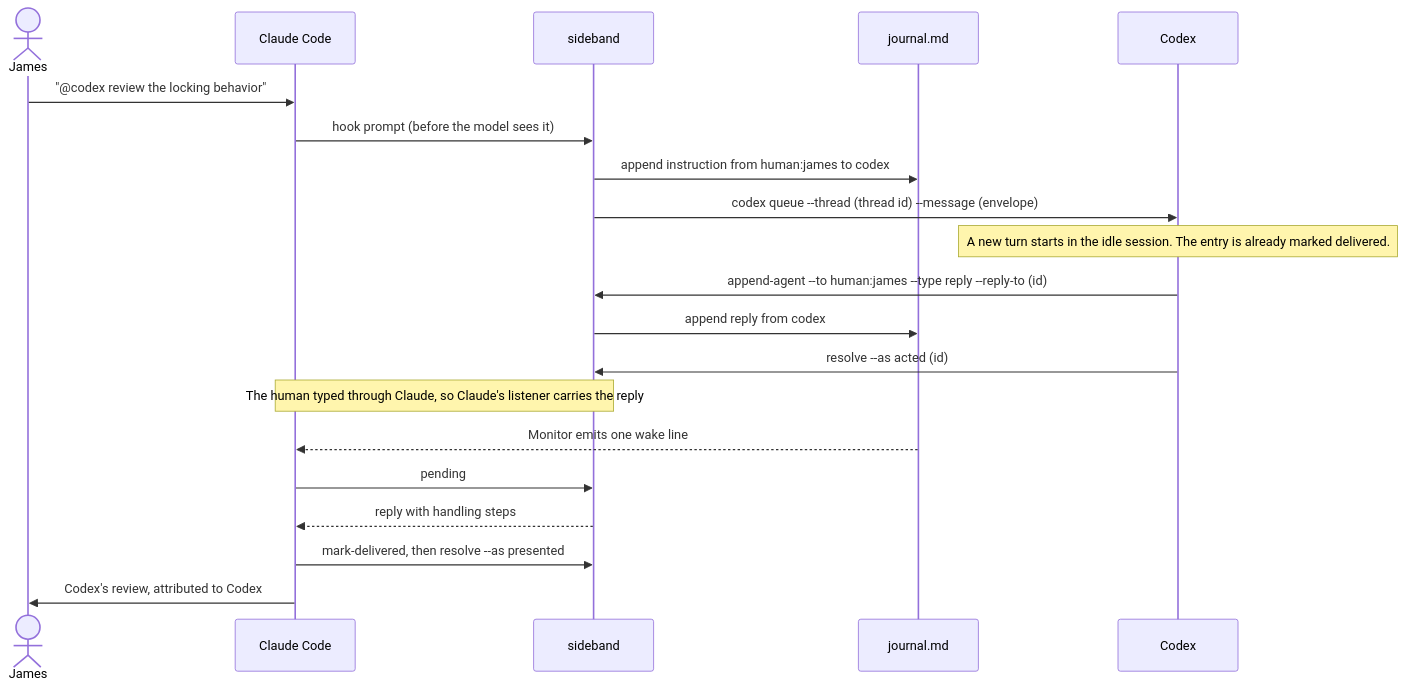
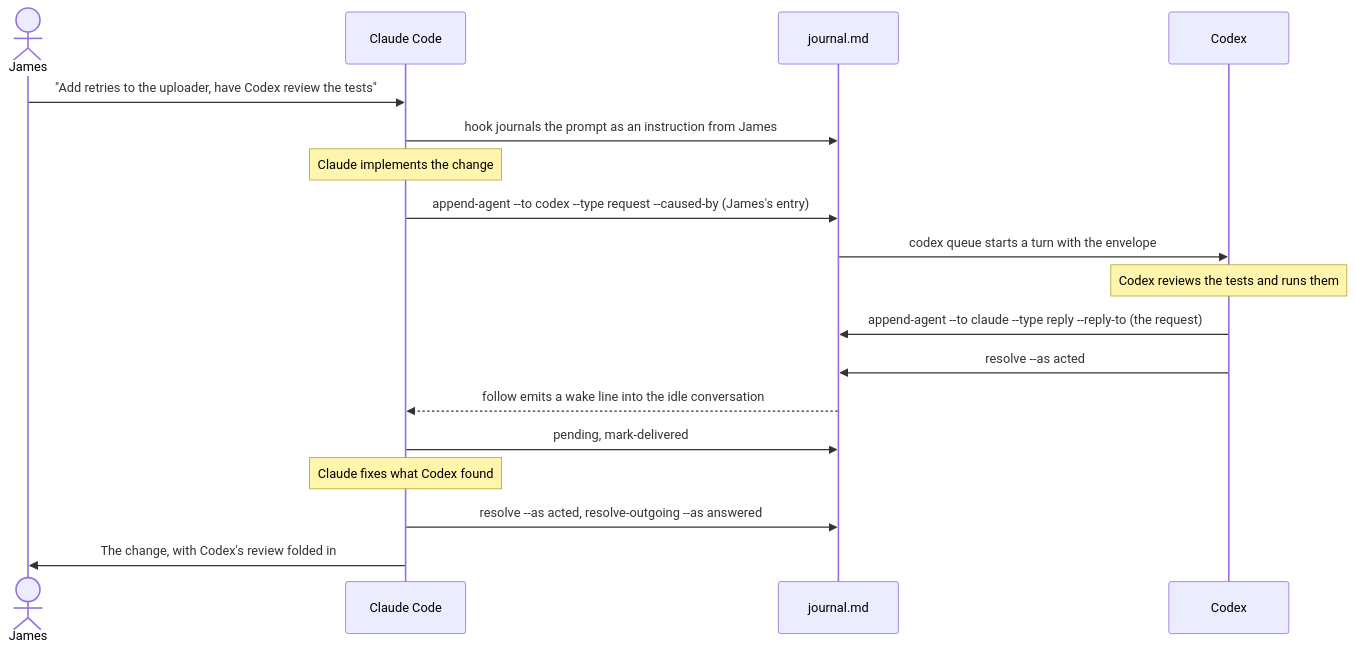
Before and after one commit to moltenbits/sideband: the second of 3 diagrams in README.md, drawn with Mermaid. The commit also changed other lines of this file, not shown here.

Commit message:
Center the README on Claude and Codex sharing a task

````diff
--- a/README.md
+++ b/README.md
@@ -100,23 +103,21 @@
 ```mermaid
 sequenceDiagram
     actor James
     participant Claude as Claude Code
-    participant Bin as sideband
     participant J as journal.md
     participant Codex
 
-    James->>Claude: "@codex review the locking behavior"
-    Claude->>Bin: hook prompt (before the model sees it)
-    Bin->>J: append instruction from human:james to codex
-    Bin->>Codex: codex queue --thread (thread id) --message (envelope)
-    Note over Codex: A new turn starts in the idle session. The entry is already marked delivered.
-    Codex->>Bin: append-agent --to human:james --type reply --reply-to (id)
-    Bin->>J: append reply from codex
-    Codex->>Bin: resolve --as acted (id)
-    Note over Bin,Claude: The human typed through Claude, so Claude's listener carries the reply
-    J-->>Claude: Monitor emits one wake line
-    Claude->>Bin: pending
-    Bin-->>Claude: reply with handling steps
-    Claude->>Bin: mark-delivered, then resolve --as presented
-    Claude->>James: Codex's review, attributed to Codex
+    James->>Claude: "Add retries to the uploader, have Codex review the tests"
+    Claude->>J: hook journals the prompt as an instruction from James
+    Note over Claude: Claude implements the change
+    Claude->>J: append-agent --to codex --type request --caused-by (James's entry)
+    J->>Codex: codex queue starts a turn with the envelope
+    Note over Codex: Codex reviews the tests and runs them
+    Codex->>J: append-agent --to claude --type reply --reply-to (the request)
+    Codex->>J: resolve --as acted
+    J-->>Claude: follow emits a wake line into the idle conversation
+    Claude->>J: pending, mark-delivered
+    Note over Claude: Claude fixes what Codex found
+    Claude->>J: resolve --as acted, resolve-outgoing --as answered
+    Claude->>James: The change, with Codex's review folded in
 ```
````
